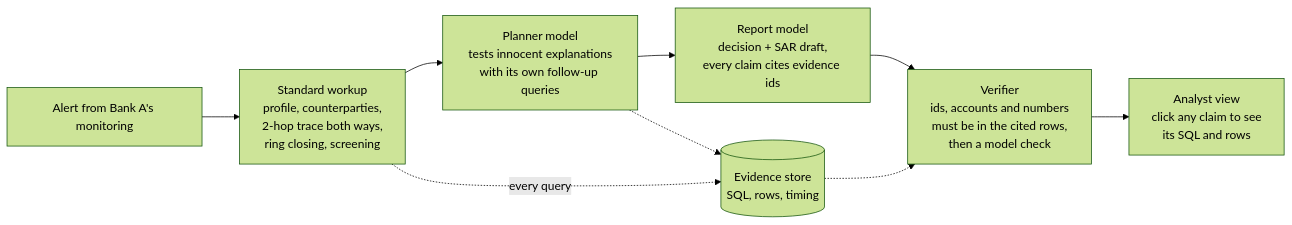
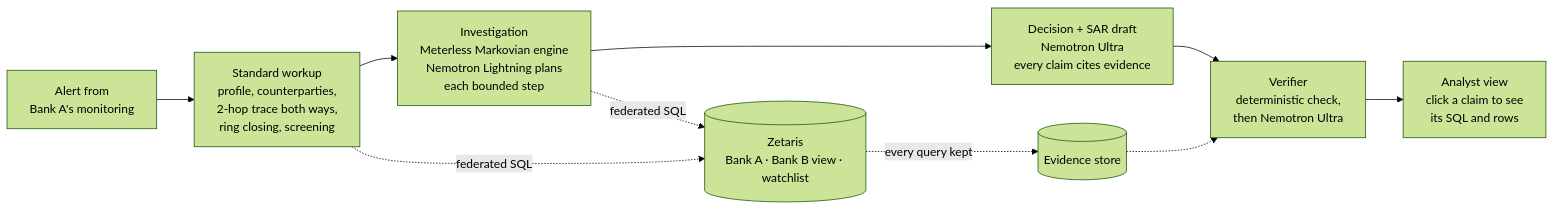
The diagram in README.md (Cxleb001/casefile), drawn with Mermaid (forest theme) before and after one commit. The commit also changed other lines of this file and 67 other files, not shown here.

````diff
--- a/README.md
+++ b/README.md
@@ -19,11 +21,12 @@
 ```mermaid
 flowchart LR
-    A[Alert from Bank A's monitoring] --> W[Standard workup<br/>profile, counterparties,<br/>2-hop trace both ways,<br/>ring closing, screening]
-    W --> P[Planner model<br/>tests innocent explanations<br/>with its own follow-up queries]
-    P --> R[Report model<br/>decision + SAR draft,<br/>every claim cites evidence ids]
-    R --> V[Verifier<br/>ids, accounts and numbers<br/>must be in the cited rows,<br/>then a model check]
-    V --> UI[Analyst view<br/>click any claim to see<br/>its SQL and rows]
-    W -.every query.-> E[(Evidence store<br/>SQL, rows, timing)]
-    P -.-> E
+    A[Alert from<br/>Bank A's monitoring] --> W[Standard workup<br/>profile, counterparties,<br/>2-hop trace both ways,<br/>ring closing, screening]
+    W --> P[Investigation<br/>Meterless Markovian engine<br/>Nemotron Lightning plans<br/>each bounded step]
+    P --> R[Decision + SAR draft<br/>Nemotron Ultra<br/>every claim cites evidence]
+    R --> V[Verifier<br/>deterministic check,<br/>then Nemotron Ultra]
+    V --> UI[Analyst view<br/>click a claim to see<br/>its SQL and rows]
+    W -. federated SQL .-> Z[(Zetaris<br/>Bank A · Bank B view · watchlist)]
+    P -. federated SQL .-> Z
+    Z -. every query kept .-> E[(Evidence store)]
     E -.-> V
 ```
````
